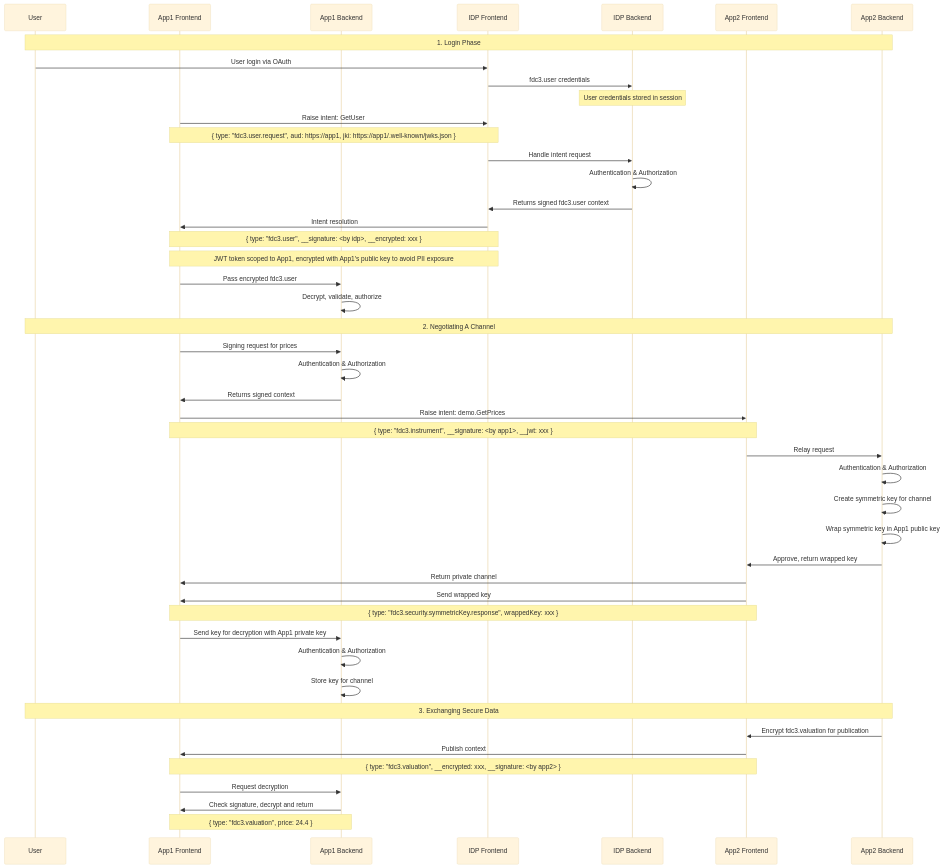
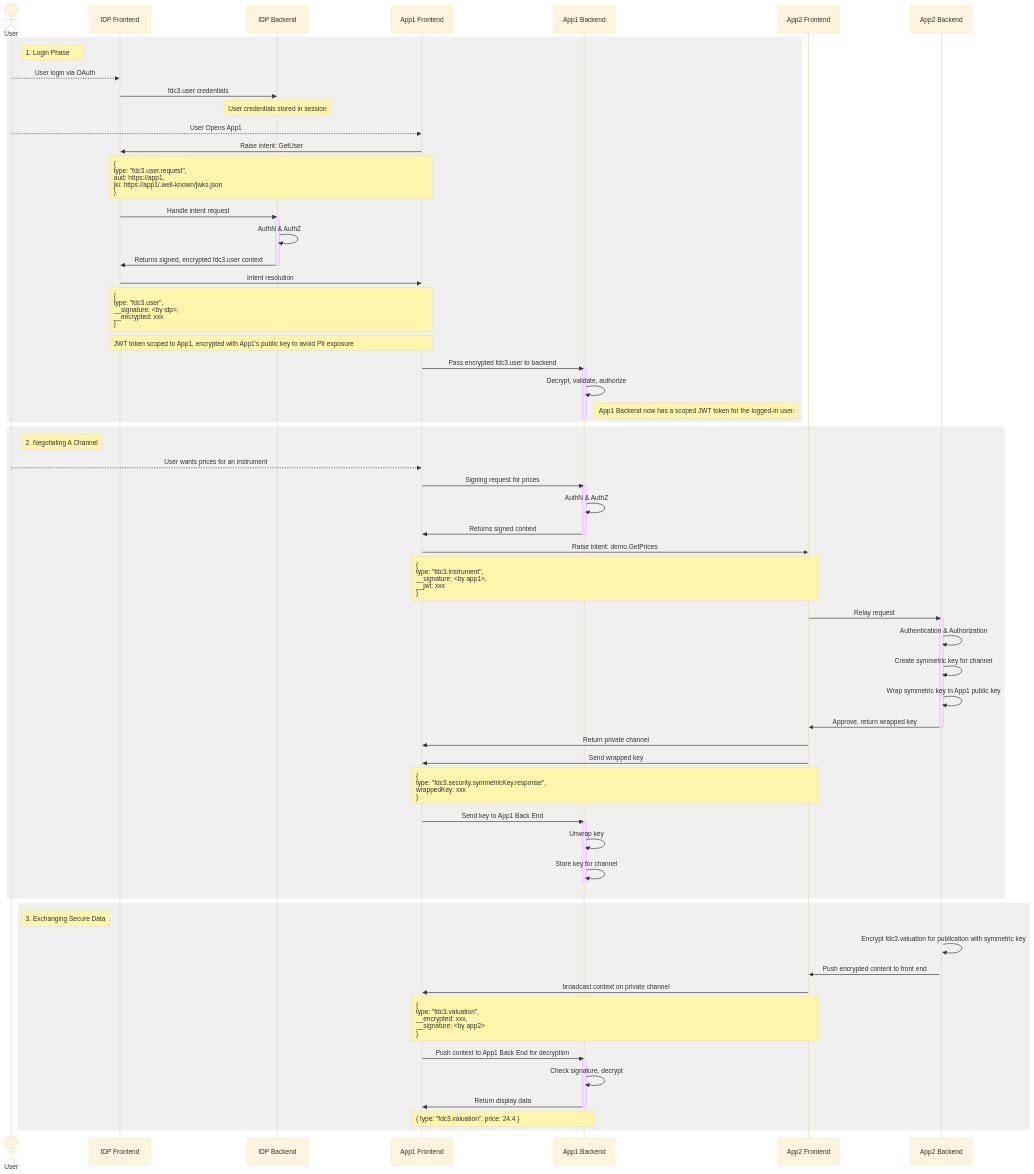
One commit to finos/FDC3 changed the diagram in toolbox/fdc3-security-implementation/README.md. Above: the diagram before and after it, drawn with Mermaid (base theme).

Commit message:
mermaid diagram

````diff
--- a/toolbox/fdc3-security-implementation/README.md
+++ b/toolbox/fdc3-security-implementation/README.md
@@ -9,55 +5,82 @@
 ```mermaid
+%%{init: {'sequence': {'noteAlign': 'left'}}}%%
+
 sequenceDiagram
-    participant U as User
+    actor U as User
+    participant IDF as IDP Frontend
+    participant IDB as IDP Backend
     participant A1F as App1 Frontend
     participant A1B as App1 Backend
-    participant IDF as IDP Frontend
-    participant IDB as IDP Backend
     participant A2F as App2 Frontend
     participant A2B as App2 Backend
 
-    Note over U, A2B: 1. Login Phase
-    U->>IDF: User login via OAuth
+    rect rgb(240, 240, 240)
+    Note right of U: 1. Login Phase
+    U-->>IDF: User login via OAuth
     IDF->>IDB: fdc3.user credentials
     Note over IDB: User credentials stored in session
-    
+
+    U-->>A1F: User Opens App1
     A1F->>IDF: Raise intent: GetUser
-    Note over A1F, IDF: { type: "fdc3.user.request", aud: https://app1, jki: https://app1/.well-known/jwks.json }
+    Note over A1F, IDF: {<br/>type: "fdc3.user.request", <br/>  aud: https://app1, <br/> jki: https://app1/.well-known/jwks.json <br/> }
     IDF->>IDB: Handle intent request
-    IDB->>IDB: Authentication & Authorization
-    IDB->>IDF: Returns signed fdc3.user context
+    activate IDB
+    IDB->>IDB: AuthN & AuthZ
+    IDB->>IDF: Returns signed, encrypted fdc3.user context
+    deactivate IDB
     IDF->>A1F: Intent resolution
-    Note over IDF, A1F: { type: "fdc3.user", __signature: <by idp>, __encrypted: xxx }
+    Note over IDF, A1F: { <br/>type: "fdc3.user", <br/>__signature: <by idp>, <br/>__encrypted: xxx <br/>}
     Note over IDF, A1F: JWT token scoped to App1, encrypted with App1's public key to avoid PII exposure
     
-    A1F->>A1B: Pass encrypted fdc3.user
+    A1F->>A1B: Pass encrypted fdc3.user to backend
+    activate A1B
     A1B->>A1B: Decrypt, validate, authorize
+    Note right of A1B: App1 Backend now has a scoped JWT token for the logged-in user.
+    deactivate A1B
+    end
 
-    Note over U, A2B: 2. Negotiating A Channel
+
+    rect rgb(240, 240, 240)
+    Note right of U: 2. Negotiating A Channel
+    U-->>A1F: User wants prices for an instrument
     A1F->>A1B: Signing request for prices
-    A1B->>A1B: Authentication & Authorization
+    activate A1B
+    A1B->>A1B: AuthN & AuthZ
     A1B->>A1F: Returns signed context
+    deactivate A1B
     
     A1F->>A2F: Raise intent: demo.GetPrices
-    Note over A1F, A2F: { type: "fdc3.instrument", __signature: <by app1>, __jwt: xxx }
+    Note over A1F, A2F: { <br/>type: "fdc3.instrument", <br/>__signature: <by app1>, <br/>__jwt: xxx <br/>}
     A2F->>A2B: Relay request
+    activate A2B
     A2B->>A2B: Authentication & Authorization
     A2B->>A2B: Create symmetric key for channel
     A2B->>A2B: Wrap symmetric key in App1 public key
     A2B->>A2F: Approve, return wrapped key
+    deactivate A2B
     A2F->>A1F: Return private channel
     A2F->>A1F: Send wrapped key
-    Note over A2F, A1F: { type: "fdc3.security.symmetricKey.response", wrappedKey: xxx }
+    Note over A2F, A1F: { <br/>type: "fdc3.security.symmetricKey.response", <br/>wrappedKey: xxx <br/>}
     
-    A1F->>A1B: Send key for decryption with App1 private key
-    A1B->>A1B: Authentication & Authorization
+    A1F->>A1B: Send key to App1 Back End
+    activate A1B
+    A1B->>A1B: Unwrap key
     A1B->>A1B: Store key for channel
+    deactivate A1B
+    end
 
-    Note over U, A2B: 3. Exchanging Secure Data
-    A2B->>A2F: Encrypt fdc3.valuation for publication
-    A2F->>A1F: Publish context
-    Note over A2F, A1F: { type: "fdc3.valuation", __encrypted: xxx, __signature: <by app2> }
-    A1F->>A1B: Request decryption
-    A1B->>A1F: Check signature, decrypt and return
+    rect rgb(240, 240, 240)
+    Note right of U: 3. Exchanging Secure Data
+    activate A2B
+    A2B->>A2B: Encrypt fdc3.valuation for publication with symmetric key
+    A2B->>A2F: Push encrypted content to front end
+    A2F->>A1F: broadcast context on private channel
+    Note over A2F, A1F: {<br/> type: "fdc3.valuation", <br/>__encrypted: xxx, <br/>__signature: <by app2> <br/>}
+    A1F->>A1B: Push context to App1 Back End for decryption
+    activate A1B
+    A1B->>A1B: Check signature, decrypt
+    A1B->>A1F: Return display data
+    deactivate A1B
     Note over A1B, A1F: { type: "fdc3.valuation", price: 24.4 }
+    end
 ```
````
